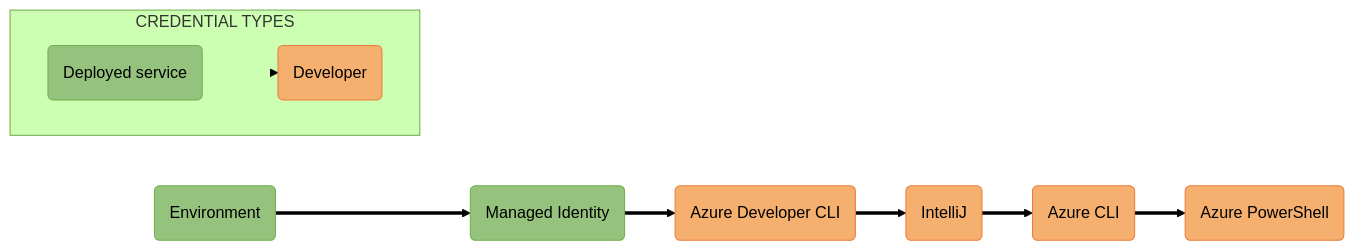
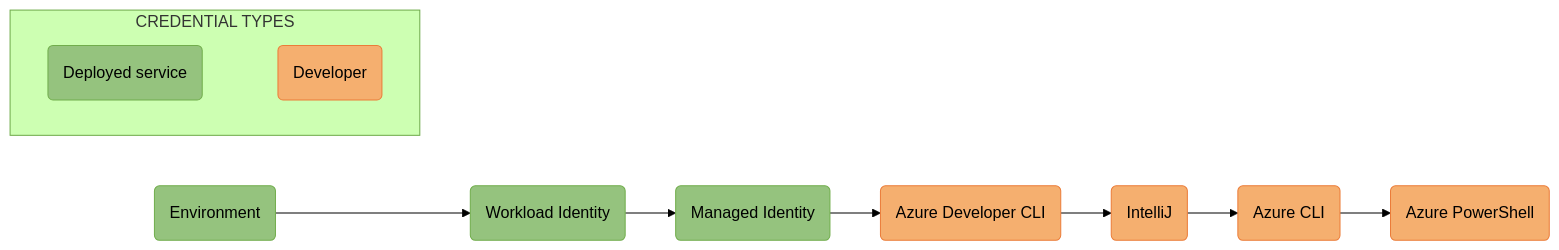
One commit to Azure/azure-sdk-for-java changed the diagram in sdk/identity/azure-identity/images/mermaidjs/DefaultAzureCredentialAuthFlow.md. Above: the diagram before and after it, drawn with Mermaid (forest theme). The commit also changed 1 other file, not shown here.

Commit message:
Update DefaultAzureCredential flow diagram

````diff
--- a/sdk/identity/azure-identity/images/mermaidjs/DefaultAzureCredentialAuthFlow.md
+++ b/sdk/identity/azure-identity/images/mermaidjs/DefaultAzureCredentialAuthFlow.md
@@ -1,29 +1,28 @@
 ```mermaid
 %% STEPS TO GENERATE IMAGE
 %% =======================
 %% 1. Install mermaid CLI (see https://github.com/mermaid-js/mermaid-cli/blob/master/README.md)
-%%    v8.14.0 is known good for our process. npm install -g @mermaid-js/mermaid-cli@8.14.0
+%%    v10.0.2 is known good for our process. npm install -g @mermaid-js/mermaid-cli@10.0.2
 %% 2. Run command: mmdc -i DefaultAzureCredentialAuthFlow.md -o DefaultAzureCredentialAuthFlow.svg
 
 flowchart LR;
-    A(Environment):::deployed ==> B(Managed Identity):::deployed ==> C(Azure Developer CLI):::developer ==> D(IntelliJ):::developer ==> E(Azure CLI):::developer ==> F(Azure PowerShell):::developer;
+    A(Environment):::deployed --> B(Workload Identity):::deployed --> C(Managed Identity):::deployed --> D(Azure Developer CLI):::developer --> E(IntelliJ):::developer --> F(Azure CLI):::developer --> G(Azure PowerShell):::developer;
 
     subgraph CREDENTIAL TYPES;
         direction LR;
-        Deployed(Deployed service):::deployed ==> Developer(Developer):::developer;
-
-        %% Hide links between boxes in the legend by setting width to 0. The integers after "linkStyle" represent link indices.
-        linkStyle 5 stroke-width:0px;
+        Deployed(Deployed service):::deployed ~~~ Developer(Developer):::developer;
     end;
 
     %% Define styles for credential type boxes
     classDef deployed fill:#95C37E, stroke:#71AD4C;
     classDef developer fill:#F5AF6F, stroke:#EB7C39;
 
     %% Add API ref links to credential type boxes
     click A "https://learn.microsoft.com/java/api/com.azure.identity.environmentcredential?view=azure-java-stable" _blank;
-    click B "https://learn.microsoft.com/java/api/com.azure.identity.managedidentitycredential?view=azure-java-stable" _blank;
-    click D "https://learn.microsoft.com/java/api/com.azure.identity.intellijcredential?view=azure-java-stable" _blank;
-    click E "https://learn.microsoft.com/java/api/com.azure.identity.azureclicredential?view=azure-java-stable" _blank;
-    click F "https://learn.microsoft.com/java/api/com.azure.identity.azurepowershellcredential?view=azure-java-stable" _blank;
+    click B "https://learn.microsoft.com/java/api/com.azure.identity.workloadidentitycredential?view=azure-java-stable" _blank;
+    click C "https://learn.microsoft.com/java/api/com.azure.identity.managedidentitycredential?view=azure-java-stable" _blank;
+    click D "https://learn.microsoft.com/java/api/com.azure.identity.azuredeveloperclicredential?view=azure-java-stable" _blank;
+    click E "https://learn.microsoft.com/java/api/com.azure.identity.intellijcredential?view=azure-java-stable" _blank;
+    click F "https://learn.microsoft.com/java/api/com.azure.identity.azureclicredential?view=azure-java-stable" _blank;
+    click G "https://learn.microsoft.com/java/api/com.azure.identity.azurepowershellcredential?view=azure-java-stable" _blank;
 ```
````
